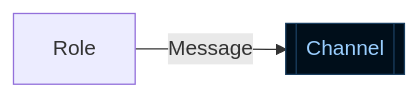
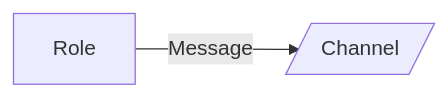
One commit to mrbeardad/skills changed the diagram in skills/explain-architecture/SKILL.md. Above: the diagram before and after it, drawn with Mermaid. The commit also changed other lines of this file, not shown here.

Commit message:
Clarify architecture participants and connection boundaries

````diff
--- a/skills/explain-architecture/SKILL.md
+++ b/skills/explain-architecture/SKILL.md
@@ -180,5 +199,4 @@
 ```mermaid
 flowchart LR
-    R["Role"] -->|"Message"| Q[["Channel"]]
-    style Q fill:#000E1A,stroke:#1A3E5F,color:#99CEFF
+    R["Role"] -->|"Message"| Q[/"Channel"/]
 ```
````
